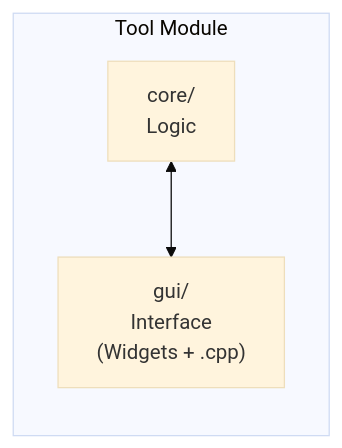
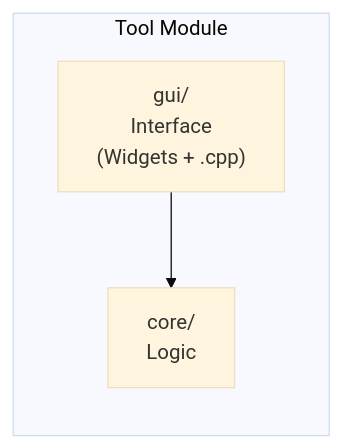
The third of 9 diagrams in docs/development/architecture.md (LotusAndCompany/devtools), drawn with Mermaid (base theme) before and after one commit. The commit also changed other lines of this file and 6 other files, not shown here.

````diff
--- a/docs/development/architecture.md
+++ b/docs/development/architecture.md
@@ -105,8 +105,8 @@
 ```mermaid
 flowchart LR
     subgraph module["Tool Module"]
         core_layer["core/<br/>Logic"]
         gui_layer["gui/<br/>Interface<br/>(Widgets + .cpp)"]
     end
-    core_layer <--> gui_layer
+    gui_layer --> core_layer
 ```
````
